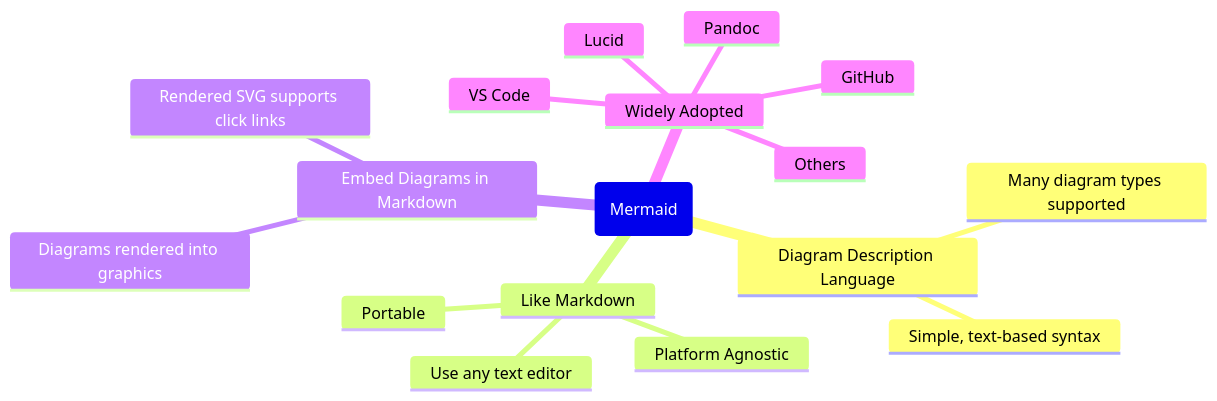
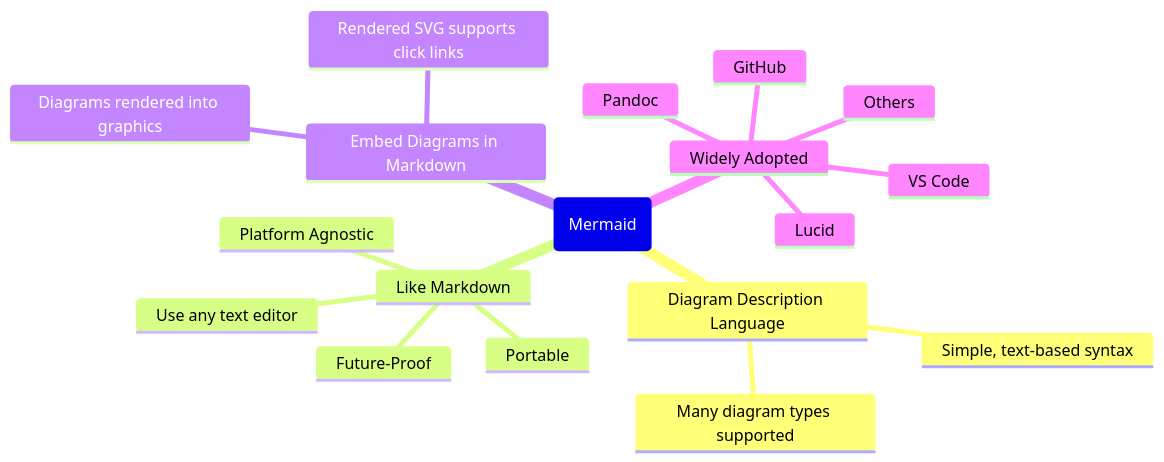
One commit to buckeye43210/markdown-to-snowkb changed the third of 8 diagrams in README.md. Above: the diagram before and after it, drawn with Mermaid.

Commit message:
revising document

````diff
--- a/README.md
+++ b/README.md
@@ -126,20 +126,21 @@
 ```mermaid
 mindmap
   root(Mermaid)
     Diagram Description Language
       Simple, text-based syntax
       Many diagram types supported
     Like Markdown
       Portable
       Platform Agnostic
       Use any text editor
+      Future-Proof
     Embed Diagrams in Markdown
       Diagrams rendered into graphics
       Rendered SVG supports click links
     Widely Adopted
       Lucid
       GitHub
       Pandoc
       VS Code
       Others
 ```
````
